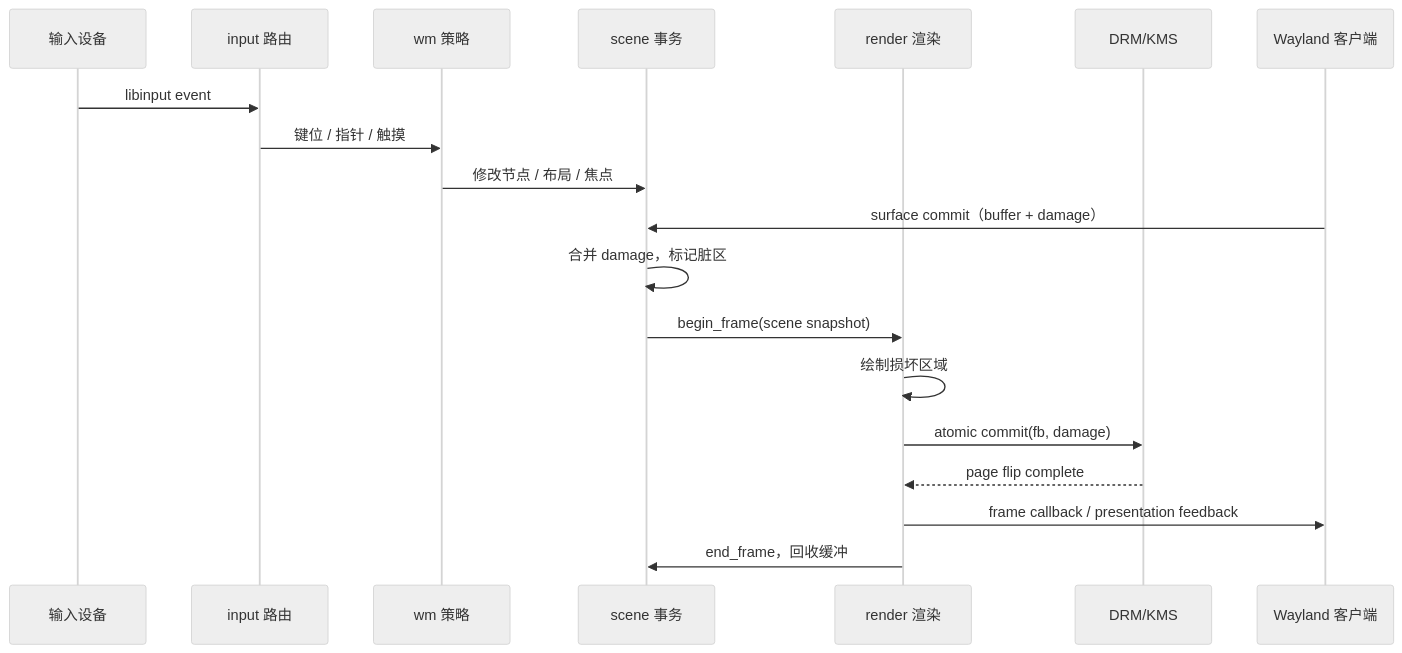
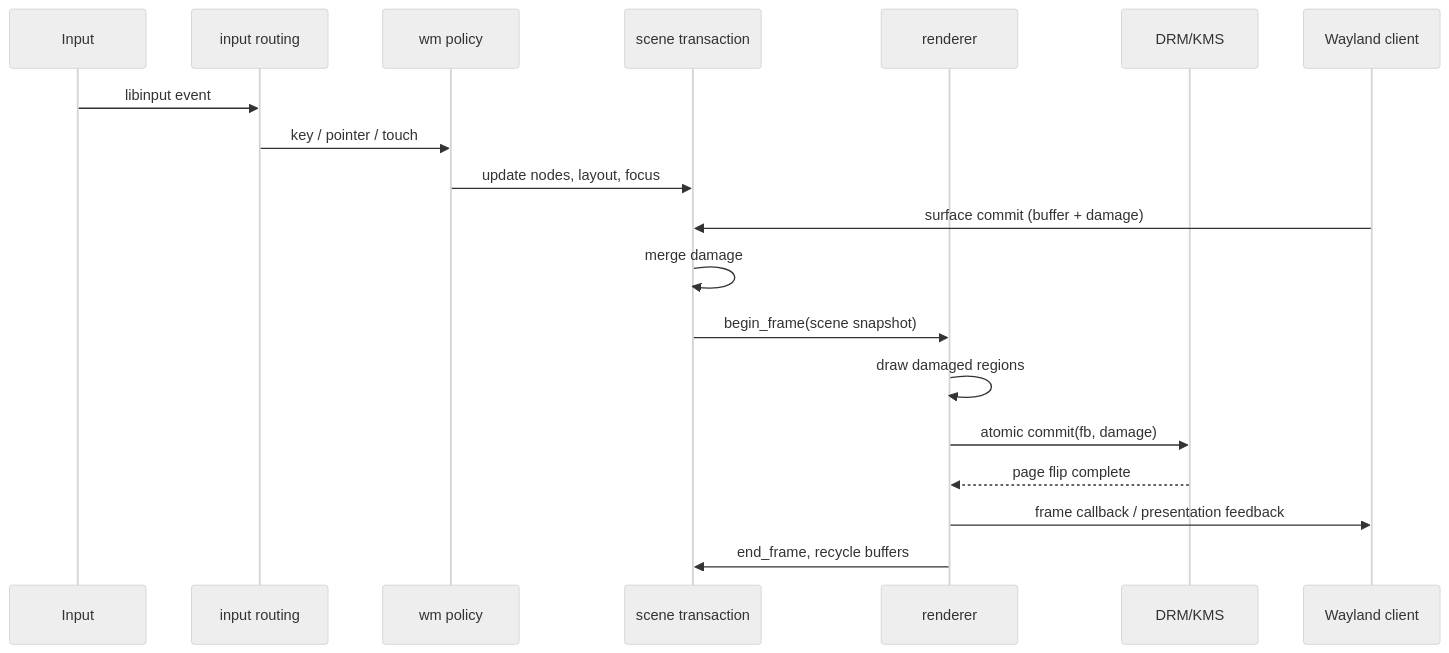
Before and after one commit to Ennard-lu/Powerwm: the second of 2 diagrams in docs/architecture.md, drawn with Mermaid (neutral theme). The commit also changed other lines of this file and 22 other files, not shown here.

````diff
--- a/docs/architecture.md
+++ b/docs/architecture.md
@@ -257,22 +184,21 @@
 ```mermaid
 sequenceDiagram
-    participant Dev as 输入设备
-    participant Input as input 路由
-    participant WM as wm 策略
-    participant Scene as scene 事务
-    participant Render as render 渲染
+    participant Dev as Input
+    participant Input as input routing
+    participant WM as wm policy
+    participant Scene as scene transaction
+    participant Render as renderer
     participant KMS as DRM/KMS
-    participant Client as Wayland 客户端
-
+    participant Client as Wayland client
     Dev->>Input: libinput event
-    Input->>WM: 键位 / 指针 / 触摸
-    WM->>Scene: 修改节点 / 布局 / 焦点
-    Client->>Scene: surface commit（buffer + damage）
-    Scene->>Scene: 合并 damage，标记脏区
+    Input->>WM: key / pointer / touch
+    WM->>Scene: update nodes, layout, focus
+    Client->>Scene: surface commit (buffer + damage)
+    Scene->>Scene: merge damage
     Scene->>Render: begin_frame(scene snapshot)
-    Render->>Render: 绘制损坏区域
+    Render->>Render: draw damaged regions
     Render->>KMS: atomic commit(fb, damage)
     KMS-->>Render: page flip complete
     Render->>Client: frame callback / presentation feedback
-    Render->>Scene: end_frame，回收缓冲
+    Render->>Scene: end_frame, recycle buffers
 ```
````
